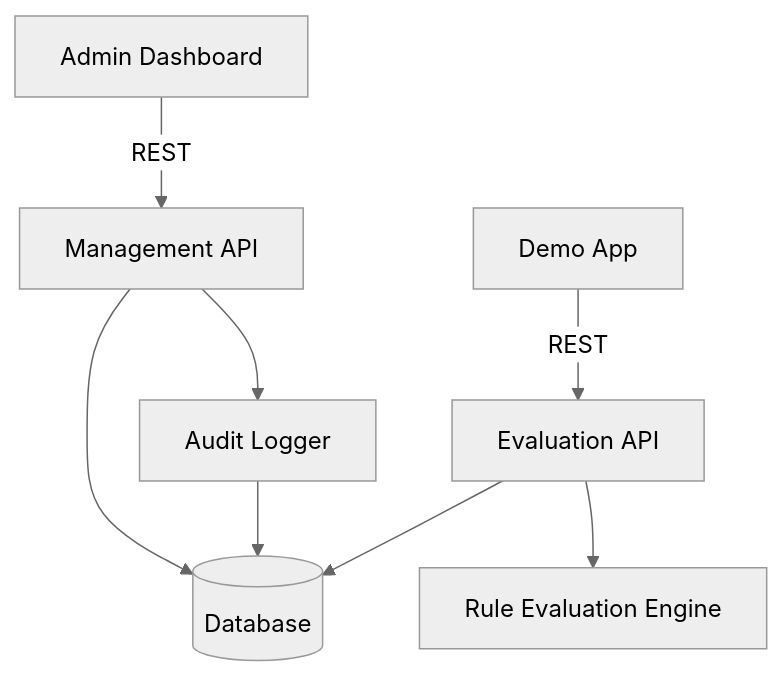
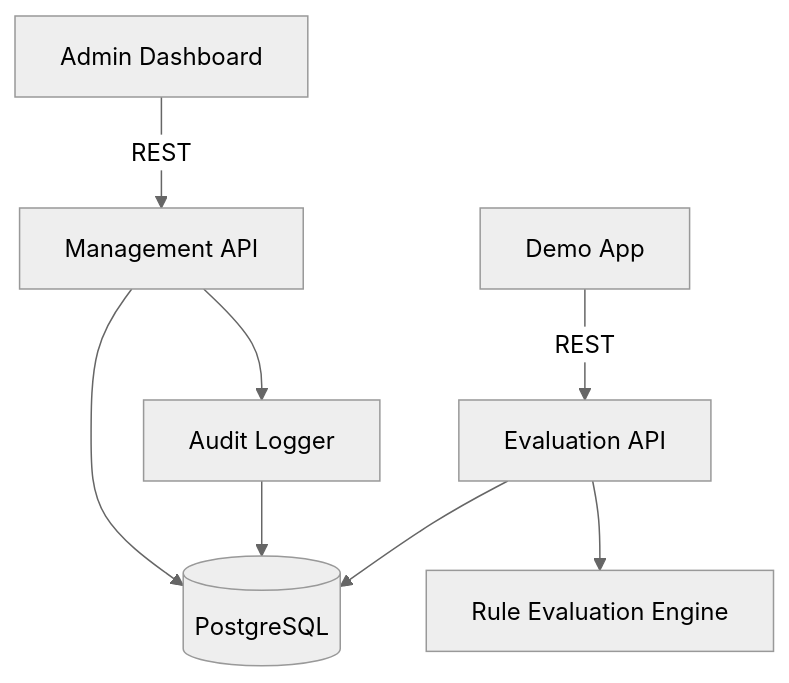
The first of 4 diagrams in docs/design/software-architecture-document.md (fabyanbui/feature-flag-platform), drawn with Mermaid (neutral theme) before and after one commit. The commit also changed other lines of this file, not shown here.

Commit message:
Refine software architecture document to specify PostgreSQL for persistence and update technology stack details

````diff
--- a/docs/design/software-architecture-document.md
+++ b/docs/design/software-architecture-document.md
@@ -91,10 +91,10 @@
 ```mermaid
 graph TD
   A[Admin Dashboard] -->|REST| B[Management API]
   C[Demo App] -->|REST| D[Evaluation API]
-  B --> E[(Database)]
+  B --> E[(PostgreSQL)]
   D --> E
   B --> F[Audit Logger]
   D --> G[Rule Evaluation Engine]
   F --> E
 ```
````
